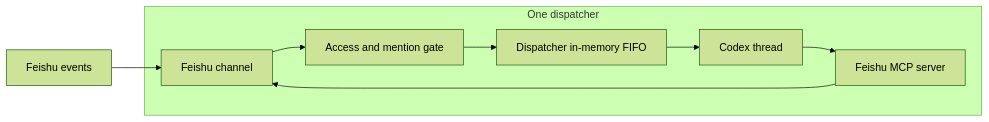
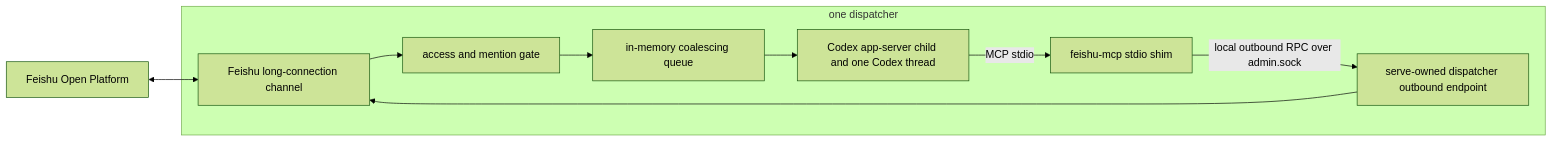
The diagram in .agents/decisions/top-level-design.md (excitedjs/dreamux), drawn with Mermaid (forest theme) before and after one commit. The commit also changed other lines of this file and 2 other files, not shown here.

First line of the commit message:
docs: converge dreamux MVP architecture

````diff
--- a/.agents/decisions/top-level-design.md
+++ b/.agents/decisions/top-level-design.md
@@ -41,17 +32,19 @@
 ```mermaid
 flowchart LR
-  feishu[Feishu events] --> channel[Feishu channel]
-  channel --> gate[Access and mention gate]
-  gate --> fifo[Dispatcher in-memory FIFO]
-  fifo --> codex[Codex thread]
-  codex --> mcp[Feishu MCP server]
-  mcp --> channel
+  Feishu["Feishu Open Platform"] <--> Channel["Feishu long-connection channel"]
+  Channel --> Gate["access and mention gate"]
+  Gate --> Queue["in-memory coalescing queue"]
+  Queue --> Codex["Codex app-server child and one Codex thread"]
+  Codex -->|"MCP stdio"| MCP["feishu-mcp stdio shim"]
+  MCP -->|"local outbound RPC over admin.sock"| Outbound["serve-owned dispatcher outbound endpoint"]
+  Outbound --> Channel
 
-  subgraph dispatcher[One dispatcher]
-    channel
-    gate
-    fifo
-    codex
-    mcp
+  subgraph Dispatcher["one dispatcher"]
+    Channel
+    Gate
+    Queue
+    Codex
+    MCP
+    Outbound
   end
 ```
````
